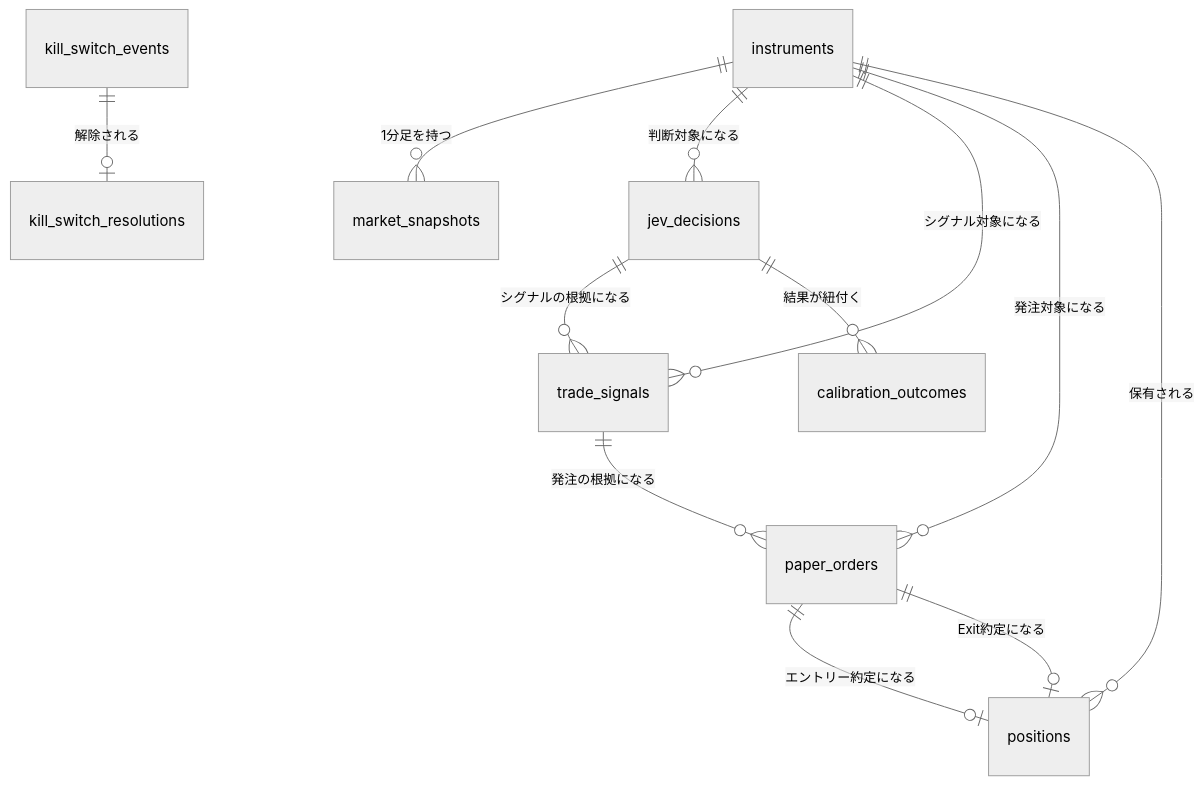
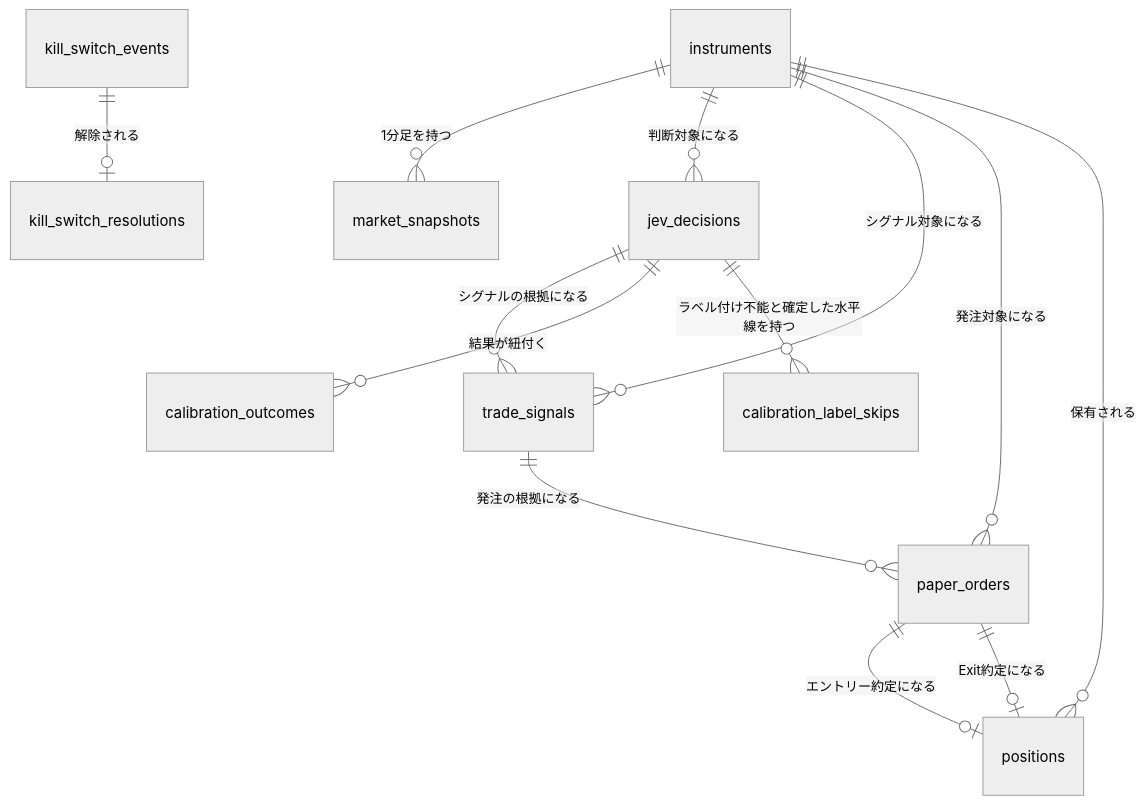
Before and after one commit to ousiassllc/pitha-trador: the diagram in docs/architecture/er.md, drawn with Mermaid (neutral theme). The commit also changed other lines of this file and 1 other file, not shown here.

Commit message:
docs: calibration_label_skips をER図（全体・tables-trading）へ反映 #485

````diff
--- a/docs/architecture/er.md
+++ b/docs/architecture/er.md
@@ -21,14 +21,15 @@
 ```mermaid
 erDiagram
     instruments ||--o{ market_snapshots : "1分足を持つ"
     instruments ||--o{ jev_decisions : "判断対象になる"
     instruments ||--o{ trade_signals : "シグナル対象になる"
     instruments ||--o{ paper_orders : "発注対象になる"
     instruments ||--o{ positions : "保有される"
     jev_decisions ||--o{ trade_signals : "シグナルの根拠になる"
     jev_decisions ||--o{ calibration_outcomes : "結果が紐付く"
+    jev_decisions ||--o{ calibration_label_skips : "ラベル付け不能と確定した水平線を持つ"
     trade_signals ||--o{ paper_orders : "発注の根拠になる"
     paper_orders ||--o| positions : "エントリー約定になる"
     paper_orders ||--o| positions : "Exit約定になる"
     kill_switch_events ||--o| kill_switch_resolutions : "解除される"
 ```
````
